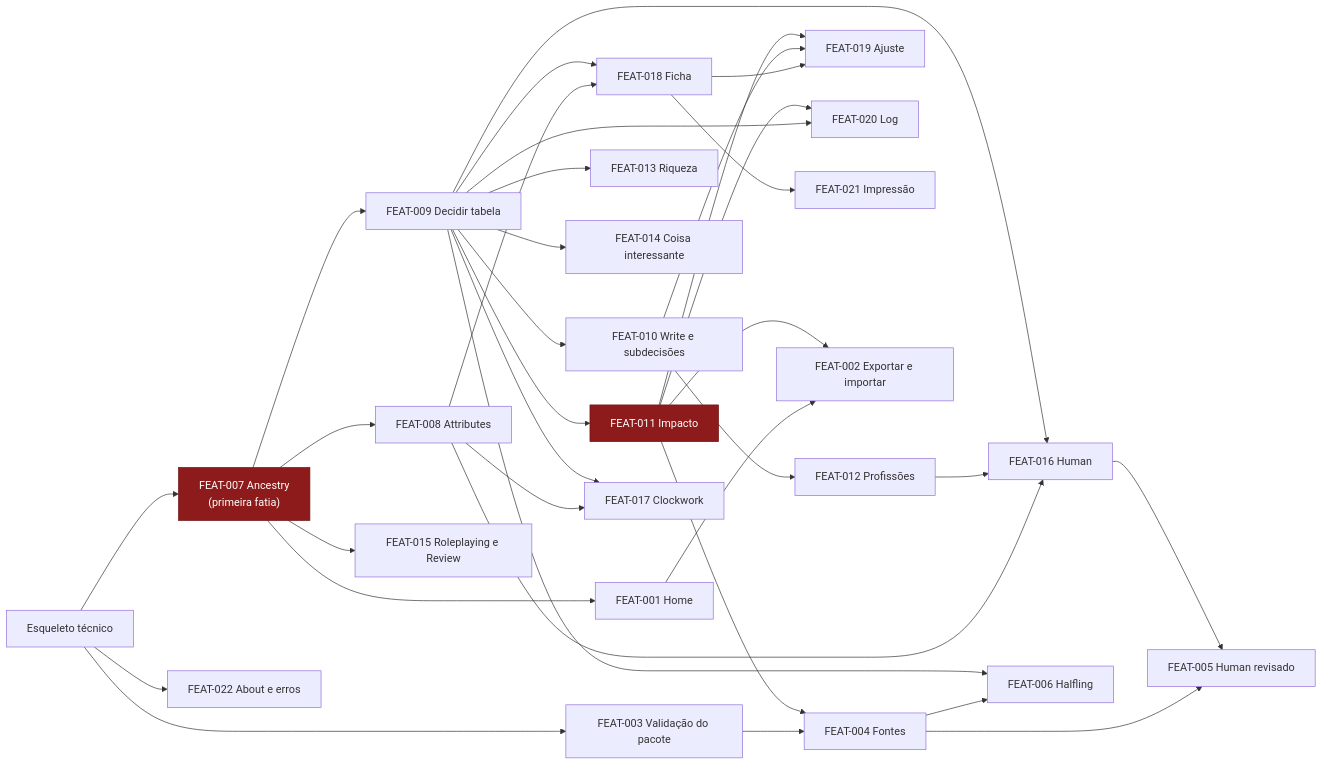
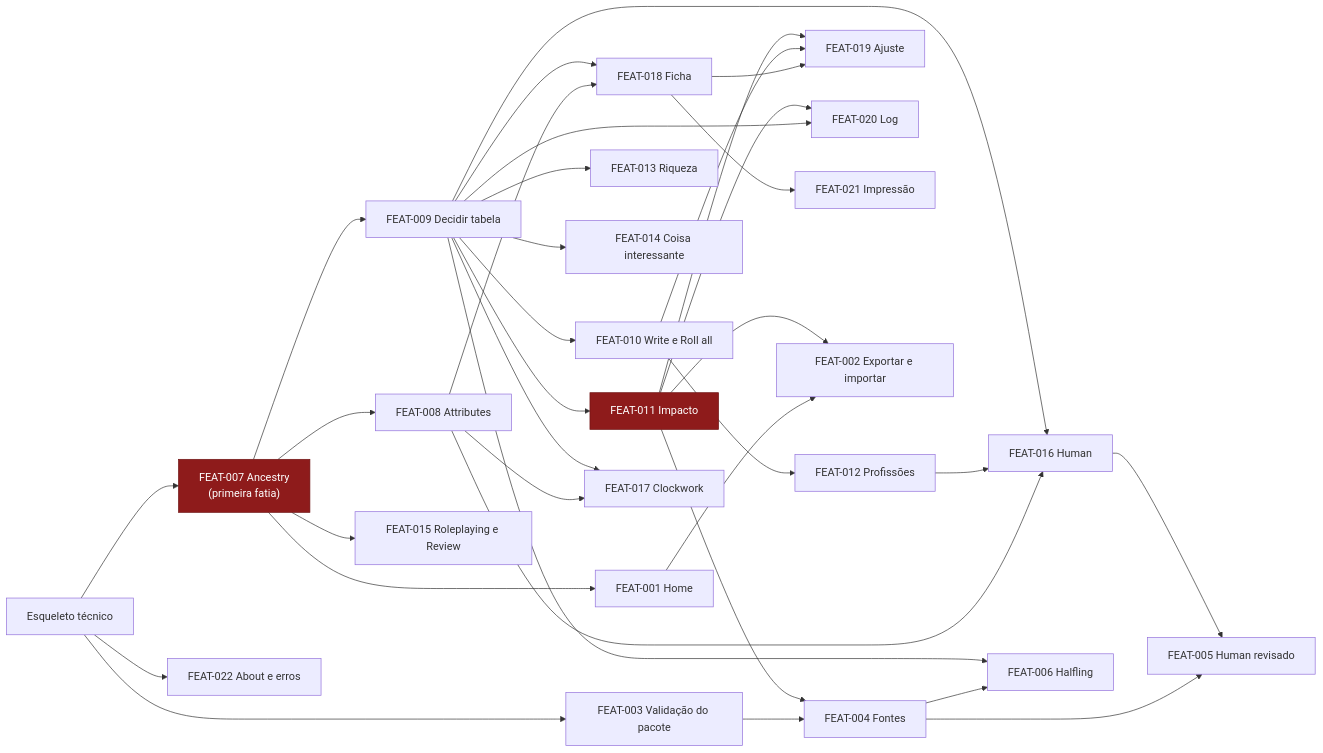
One commit to AntonioVCruz/sotdl-character-generator changed the diagram in docs/implementation-plan.md. Above: the diagram before and after it, drawn with Mermaid. The commit also changed other lines of this file and 1 other file, not shown here.

First line of the commit message:
Plano e RTM: escopo da FEAT-010 (Write e Roll all undecided)

````diff
--- a/docs/implementation-plan.md
+++ b/docs/implementation-plan.md
@@ -124,63 +125,63 @@
 ```mermaid
 graph LR
     ws["Esqueleto técnico"]
     f7["FEAT-007 Ancestry<br/>(primeira fatia)"]
     f8["FEAT-008 Attributes"]
     f1["FEAT-001 Home"]
     f9["FEAT-009 Decidir tabela"]
     f11["FEAT-011 Impacto"]
-    f10["FEAT-010 Write e subdecisões"]
+    f10["FEAT-010 Write e Roll all"]
     f12["FEAT-012 Profissões"]
     f13["FEAT-013 Riqueza"]
     f14["FEAT-014 Coisa interessante"]
     f15["FEAT-015 Roleplaying e Review"]
     f18["FEAT-018 Ficha"]
     f19["FEAT-019 Ajuste"]
     f20["FEAT-020 Log"]
     f21["FEAT-021 Impressão"]
     f22["FEAT-022 About e erros"]
     f2["FEAT-002 Exportar e importar"]
     f3["FEAT-003 Validação do pacote"]
     f4["FEAT-004 Fontes"]
     f16["FEAT-016 Human"]
     f17["FEAT-017 Clockwork"]
     f5["FEAT-005 Human revisado"]
     f6["FEAT-006 Halfling"]
 
     ws --> f7
     ws --> f22
     f7 --> f8
     f7 --> f1
     f7 --> f9
     f9 --> f11
     f9 --> f10
     f10 --> f12
     f9 --> f13
     f9 --> f14
     f7 --> f15
     f8 --> f18
     f9 --> f18
     f18 --> f19
     f10 --> f19
     f9 --> f20
     f11 --> f20
     f18 --> f21
     f1 --> f2
     ws --> f3
     f3 --> f4
     f11 --> f4
     f8 --> f16
     f12 --> f16
     f8 --> f17
     f9 --> f17
     f9 --> f16
     f11 --> f19
     f11 --> f2
     f4 --> f5
     f16 --> f5
     f4 --> f6
     f9 --> f6
 
     classDef risk fill:#8E1B1B,stroke:#6F1414,color:#fff
     class f7,f11 risk
 ```
````
